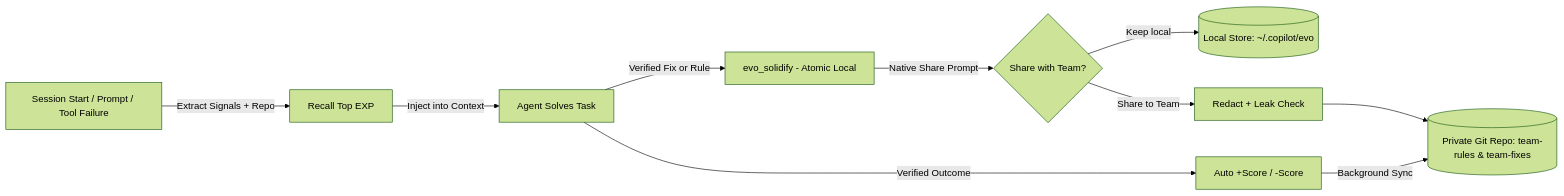
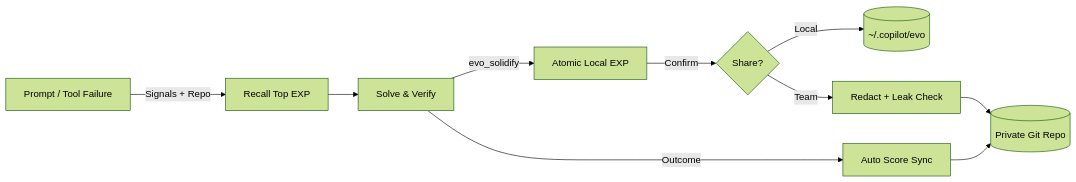
Before and after one commit to JiaqiZhang-Dev/copilot-evo: the diagram in README.md, drawn with Mermaid (forest theme). The commit also changed other lines of this file, not shown here.

````diff
--- a/README.md
+++ b/README.md
@@ -59,12 +57,12 @@
 ```mermaid
 flowchart LR
-  A[Session Start / Prompt / Tool Failure] -->|Extract Signals + Repo| B[Recall Top EXP]
-  B -->|Inject into Context| C[Agent Solves Task]
-  C -->|Verified Fix or Rule| D[evo_solidify - Atomic Local]
-  D -->|Native Share Prompt| E{Share with Team?}
-  E -->|Keep local| F[(Local Store: ~/.copilot/evo)]
-  E -->|Share to Team| G[Redact + Leak Check]
-  G --> H[(Private Git Repo: team-rules & team-fixes)]
-  C -->|Verified Outcome| I[Auto +Score / -Score]
-  I -->|Background Sync| H
+  A[Prompt / Tool Failure] -->|Signals + Repo| B[Recall Top EXP]
+  B --> C[Solve & Verify]
+  C -->|evo_solidify| D[Atomic Local EXP]
+  D -->|Confirm| E{Share?}
+  E -->|Local| F[(~/.copilot/evo)]
+  E -->|Team| G[Redact + Leak Check]
+  G --> H[(Private Git Repo)]
+  C -->|Outcome| I[Auto Score Sync]
+  I --> H
 ```
````
